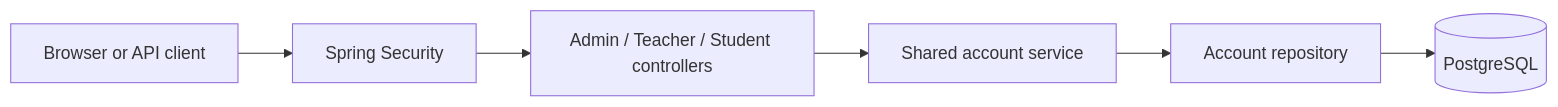
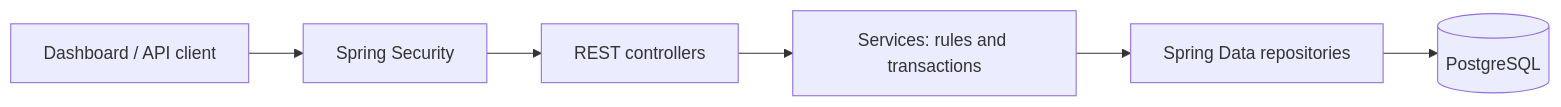
The diagram in docs/SPECIFICATION.md (khalid999devs/sepm_lab_university_management_system), drawn with Mermaid before and after one commit. The commit also changed other lines of this file and 16 other files, not shown here.

````diff
--- a/docs/SPECIFICATION.md
+++ b/docs/SPECIFICATION.md
@@ -44,8 +26,8 @@
 ```mermaid
 flowchart LR
-    Client[Browser or API client] --> Security[Spring Security]
-    Security --> Controller[Admin / Teacher / Student controllers]
-    Controller --> Service[Shared account service]
-    Service --> Repository[Account repository]
-    Repository --> Database[(PostgreSQL)]
+    Browser[Dashboard / API client] --> Security[Spring Security]
+    Security --> Controllers[REST controllers]
+    Controllers --> Services[Services: rules and transactions]
+    Services --> Repositories[Spring Data repositories]
+    Repositories --> DB[(PostgreSQL)]
 ```
````
